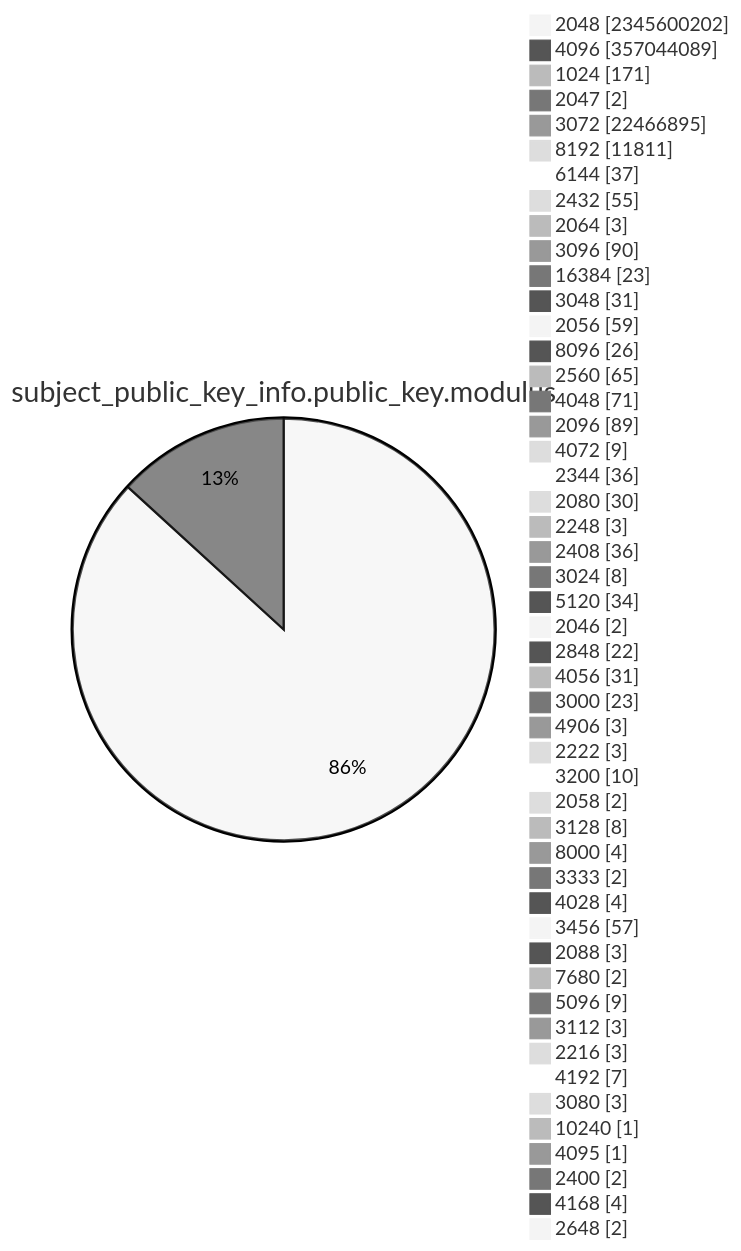
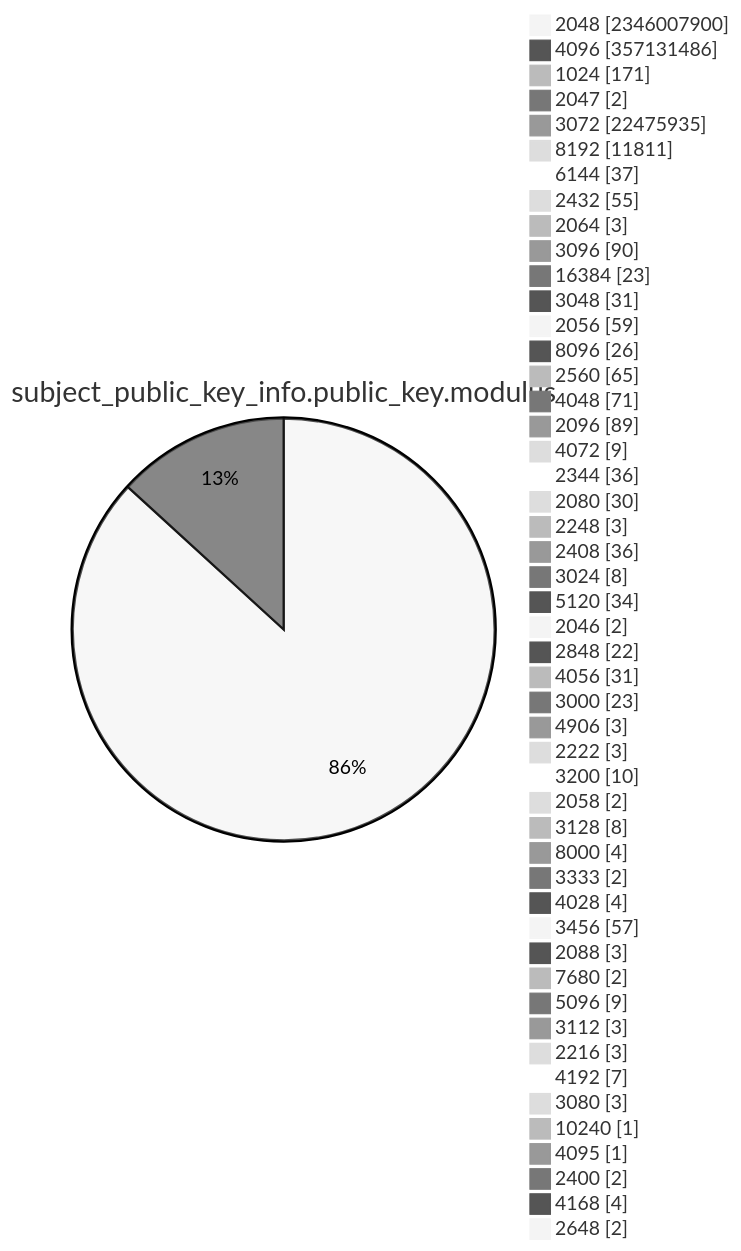
Diagram 13 of 15 in TOTAL/README.md (christiankrug/ctmonitor_visualization), drawn with Mermaid (neutral theme) before and after one commit. The commit also changed other lines of this file, not shown here.

````diff
--- a/TOTAL/README.md
+++ b/TOTAL/README.md
@@ -4167,53 +4167,53 @@
 ```mermaid
 pie showData
 title subject_public_key_info.public_key.modulus
-"2048" :2345600202
-"4096" :357044089
+"2048" :2346007900
+"4096" :357131486
 "1024" :171
 "2047" :2
-"3072" :22466895
+"3072" :22475935
 "8192" :11811
 "6144" :37
 "2432" :55
 "2064" :3
 "3096" :90
 "16384" :23
 "3048" :31
 "2056" :59
 "8096" :26
 "2560" :65
 "4048" :71
 "2096" :89
 "4072" :9
 "2344" :36
 "2080" :30
 "2248" :3
 "2408" :36
 "3024" :8
 "5120" :34
 "2046" :2
 "2848" :22
 "4056" :31
 "3000" :23
 "4906" :3
 "2222" :3
 "3200" :10
 "2058" :2
 "3128" :8
 "8000" :4
 "3333" :2
 "4028" :4
 "3456" :57
 "2088" :3
 "7680" :2
 "5096" :9
 "3112" :3
 "2216" :3
 "4192" :7
 "3080" :3
 "10240" :1
 "4095" :1
 "2400" :2
 "4168" :4
 "2648" :2
 ```
````
